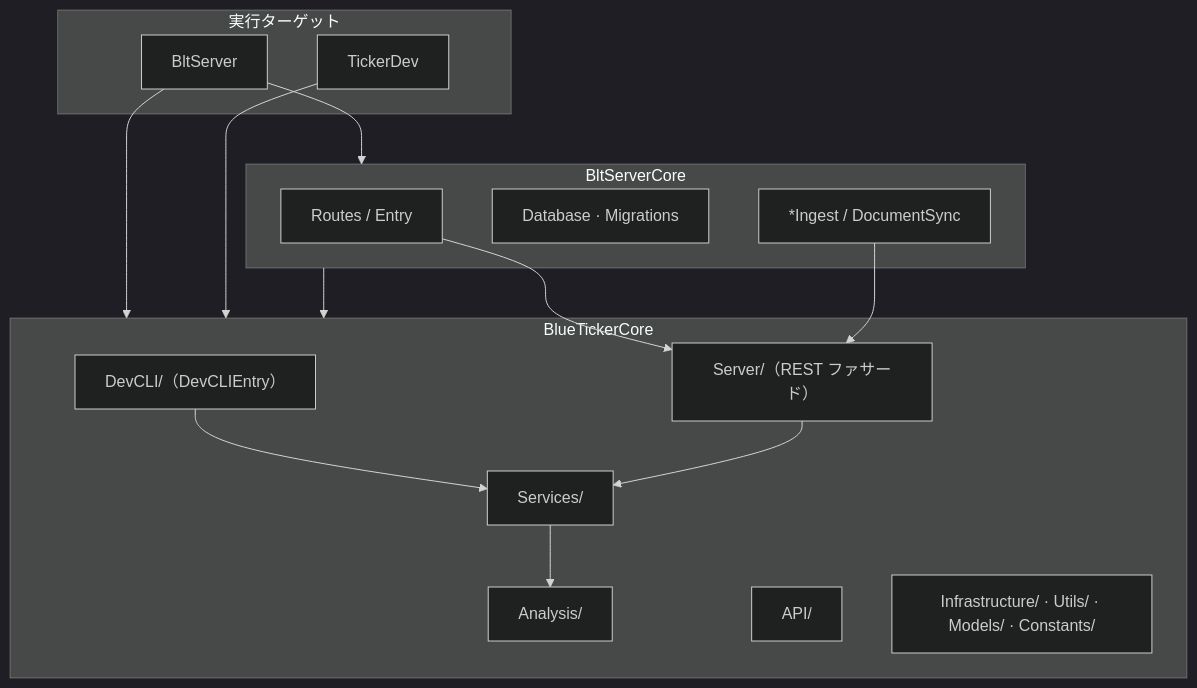
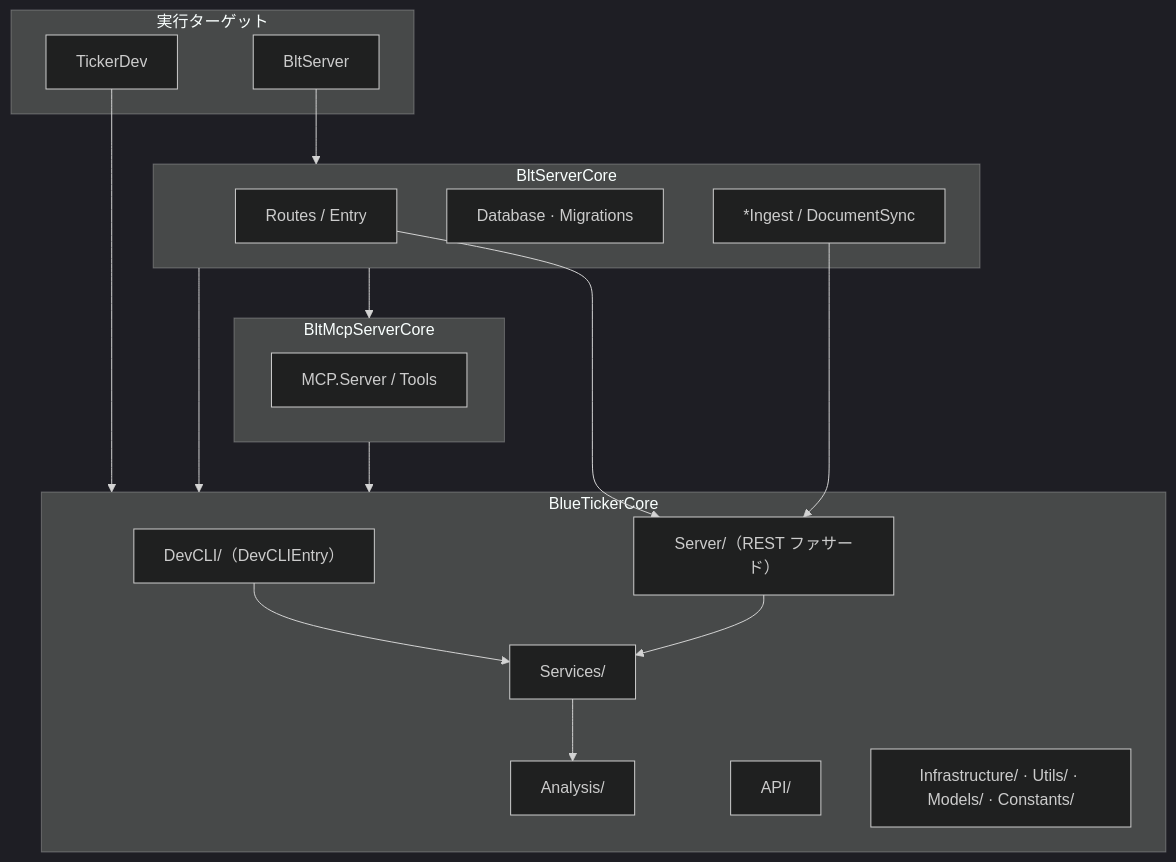
Before and after one commit to sollahiro/blue-ticker: the first of 2 diagrams in docs/architecture.md, drawn with Mermaid (dark theme). The commit also changed other lines of this file and 5 other files, not shown here.

First line of the commit message:
refactor: consolidate package dependency map and target graph

````diff
--- a/docs/architecture.md
+++ b/docs/architecture.md
@@ -38,29 +40,33 @@
 ```mermaid
 graph TD
     subgraph exe["実行ターゲット"]
         blt["BltServer"]
         tickerdev["TickerDev"]
+    end
+    subgraph mcp["BltMcpServerCore"]
+        MCP["MCP.Server / Tools"]
     end
     subgraph core["BlueTickerCore"]
         DevCLI["DevCLI/（DevCLIEntry）"]
         Server["Server/（REST ファサード）"]
         Services["Services/"]
         Analysis["Analysis/"]
         API["API/"]
         Infra["Infrastructure/ · Utils/ · Models/ · Constants/"]
     end
     subgraph servercore["BltServerCore"]
         Transport["Routes / Entry"]
         DB["Database · Migrations"]
         Ingest["*Ingest / DocumentSync"]
     end
     blt --> servercore
-    blt --> core
     tickerdev --> core
     servercore --> core
+    servercore --> mcp
+    mcp --> core
     DevCLI --> Services
     Server --> Services
     Services --> Analysis
     Transport --> Server
     Ingest --> Server
 ```
````
